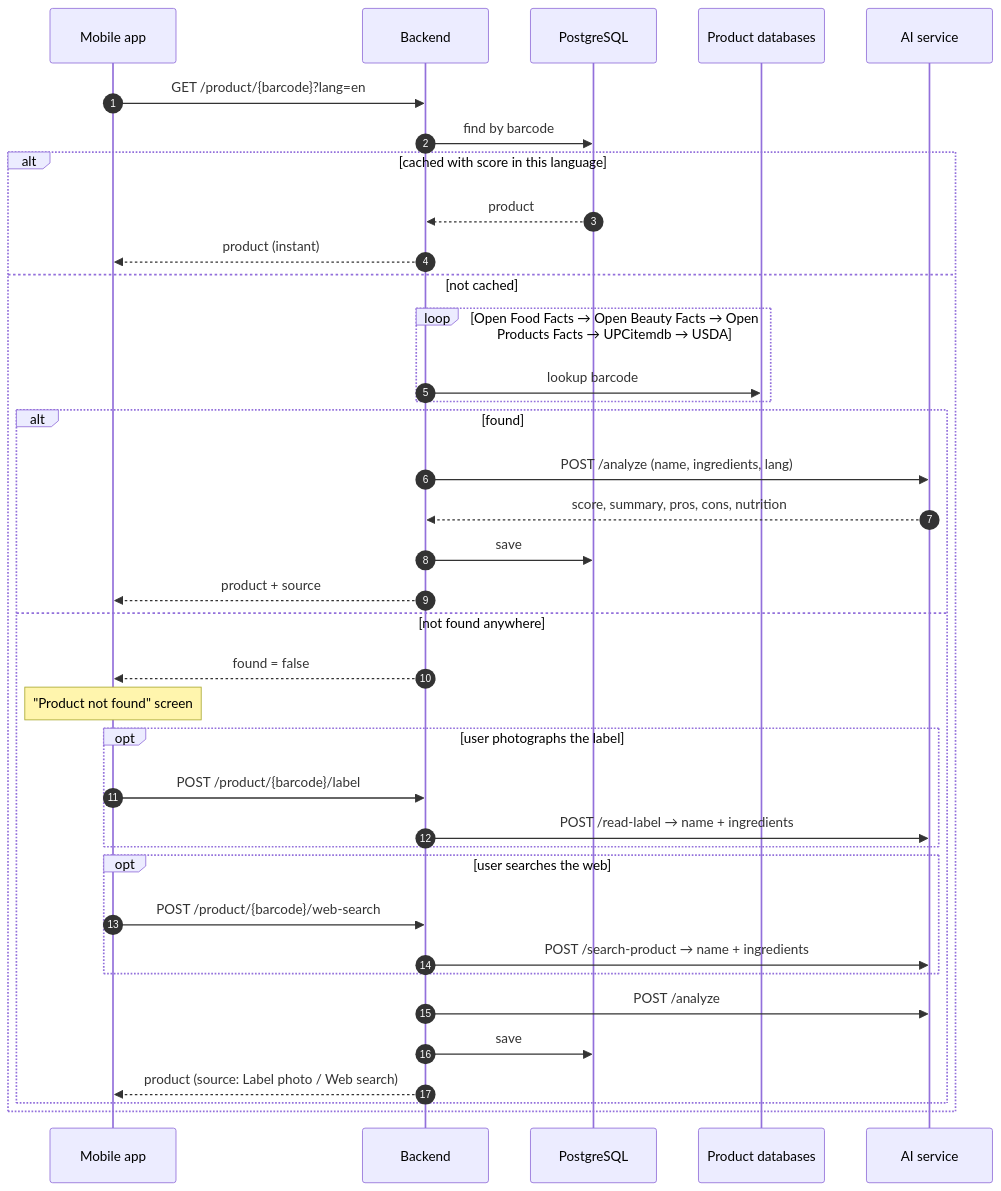
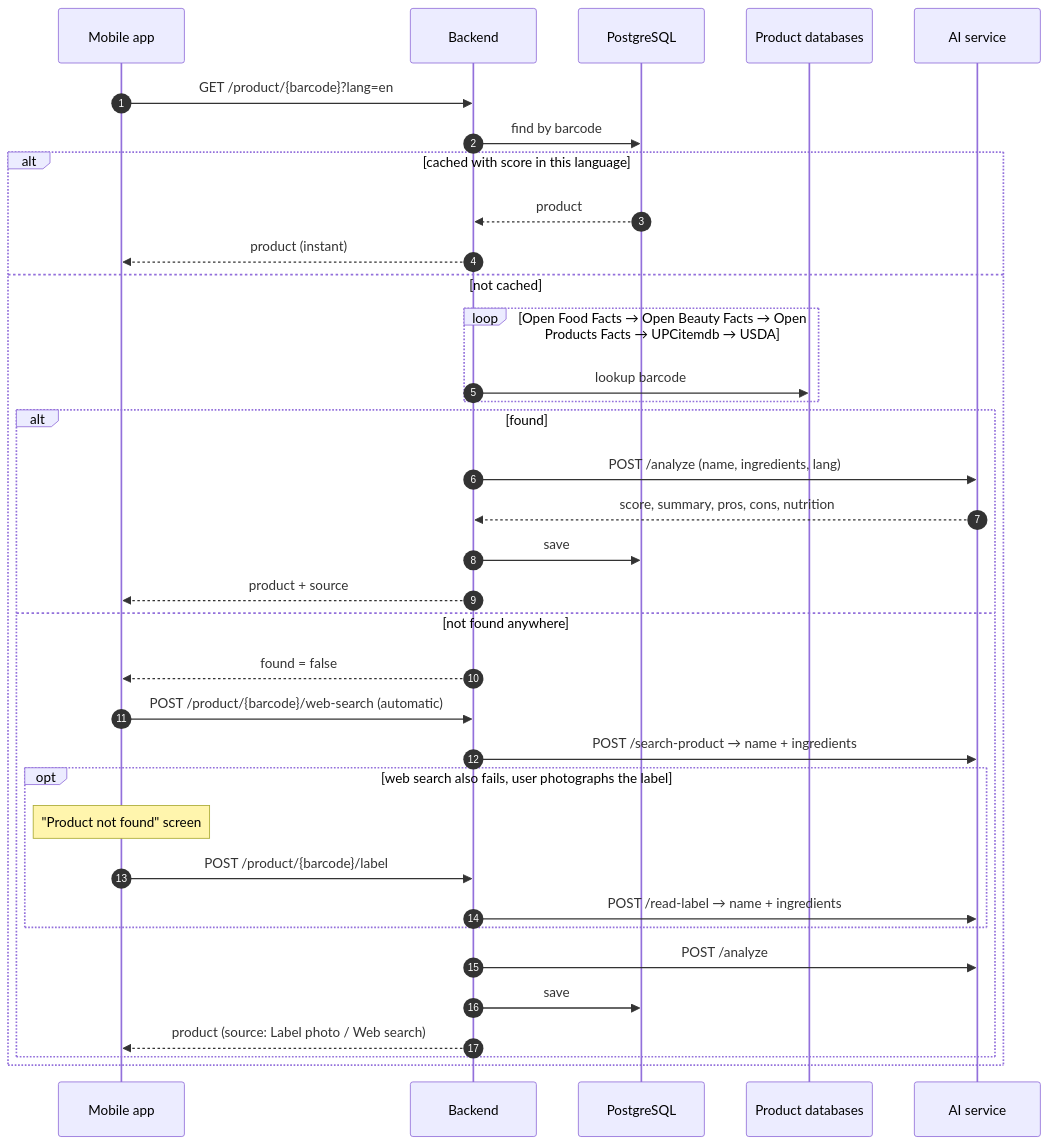
The second of 5 diagrams in README.md (edisban/HealthScan), drawn with Mermaid before and after one commit. The commit also changed other lines of this file and 28 other files, not shown here.

First line of the commit message:
Add automatic web search, drop YOLO, add tests and CI

````diff
--- a/README.md
+++ b/README.md
@@ -103,40 +101,38 @@
 ```mermaid
 sequenceDiagram
     autonumber
     participant App as Mobile app
     participant API as Backend
     participant DB as PostgreSQL
     participant Src as Product databases
     participant AI as AI service
 
     App->>API: GET /product/{barcode}?lang=en
     API->>DB: find by barcode
     alt cached with score in this language
         DB-->>API: product
         API-->>App: product (instant)
     else not cached
         loop Open Food Facts → Open Beauty Facts → Open Products Facts → UPCitemdb → USDA
             API->>Src: lookup barcode
         end
         alt found
             API->>AI: POST /analyze (name, ingredients, lang)
             AI-->>API: score, summary, pros, cons, nutrition
             API->>DB: save
             API-->>App: product + source
         else not found anywhere
             API-->>App: found = false
-            Note over App: "Product not found" screen
-            opt user photographs the label
+            App->>API: POST /product/{barcode}/web-search (automatic)
+            API->>AI: POST /search-product → name + ingredients
+            opt web search also fails, user photographs the label
+                Note over App: "Product not found" screen
                 App->>API: POST /product/{barcode}/label
                 API->>AI: POST /read-label → name + ingredients
-            end
-            opt user searches the web
-                App->>API: POST /product/{barcode}/web-search
-                API->>AI: POST /search-product → name + ingredients
             end
             API->>AI: POST /analyze
             API->>DB: save
             API-->>App: product (source: Label photo / Web search)
         end
     end
 ```
````
